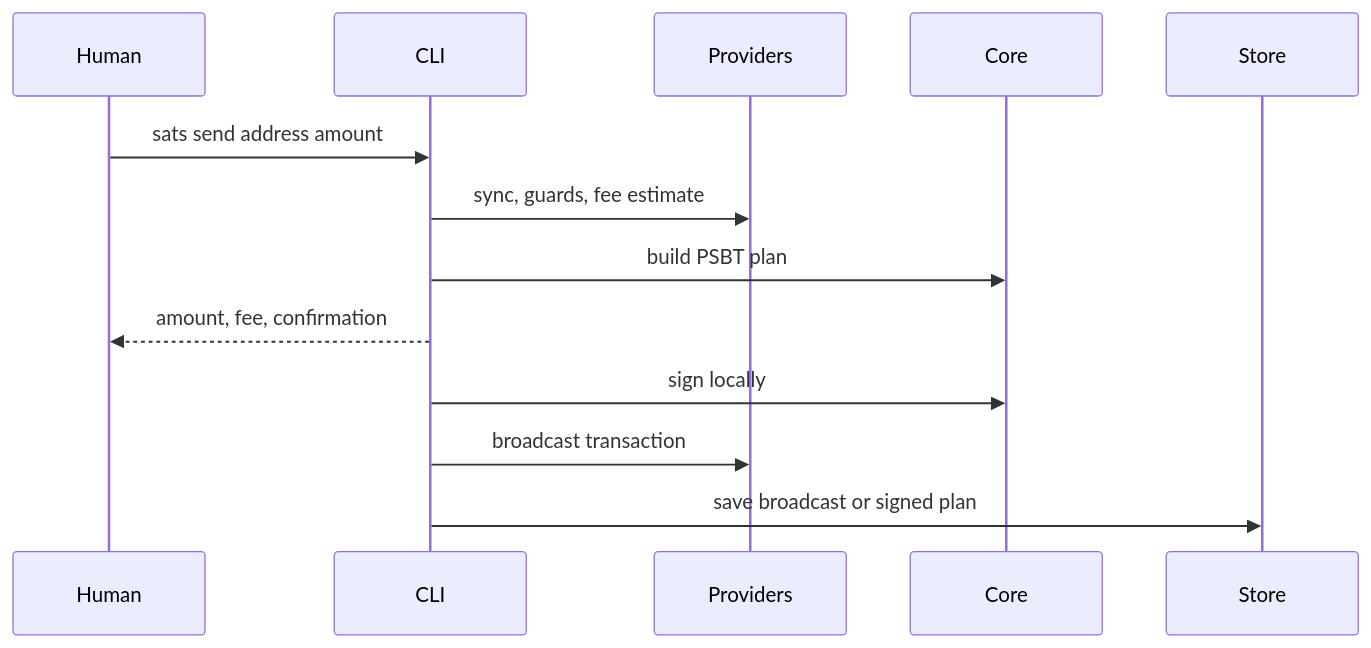
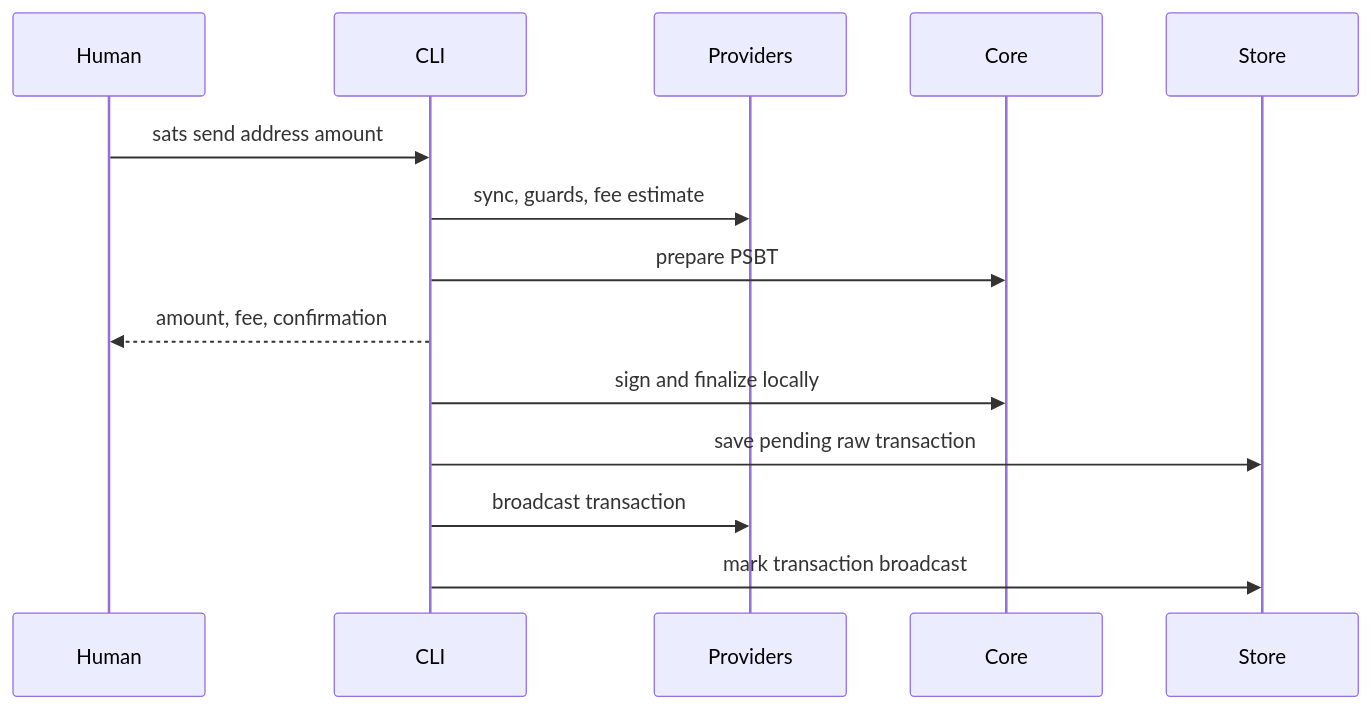
Before and after one commit to idemresearch/sats: the second of 3 diagrams in docs/architecture.md, drawn with Mermaid. The commit also changed other lines of this file and 19 other files, not shown here.

````diff
--- a/docs/architecture.md
+++ b/docs/architecture.md
@@ -80,15 +83,16 @@
 ```mermaid
 sequenceDiagram
     participant H as Human
     participant C as CLI
     participant P as Providers
     participant E as Core
     participant S as Store
     H->>C: sats send address amount
     C->>P: sync, guards, fee estimate
-    C->>E: build PSBT plan
+    C->>E: prepare PSBT
     C-->>H: amount, fee, confirmation
-    C->>E: sign locally
+    C->>E: sign and finalize locally
+    C->>S: save pending raw transaction
     C->>P: broadcast transaction
-    C->>S: save broadcast or signed plan
+    C->>S: mark transaction broadcast
 ```
````
